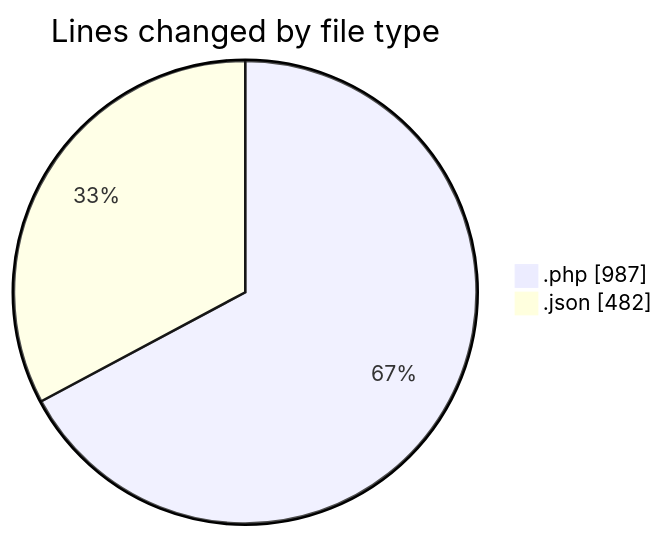
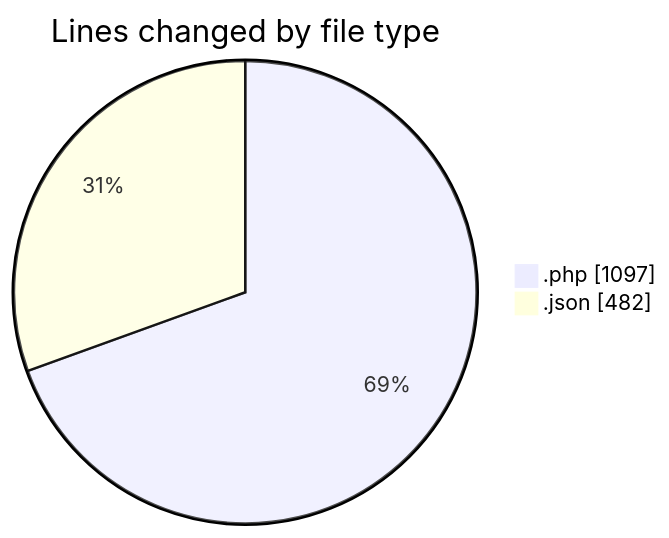
Before and after one commit to idhammustaqopulfikri/code-tracking: the first of 2 diagrams in 2025-03-28/autodidak/README.md, drawn with Mermaid. The commit also changed other lines of this file and 1 other file, not shown here.

````diff
--- a/2025-03-28/autodidak/README.md
+++ b/2025-03-28/autodidak/README.md
@@ -28,6 +29,6 @@
 ```mermaid
 pie showData
 title Lines changed by file type
-".php" : 987
+".php" : 1097
 ".json" : 482
 ```
````
